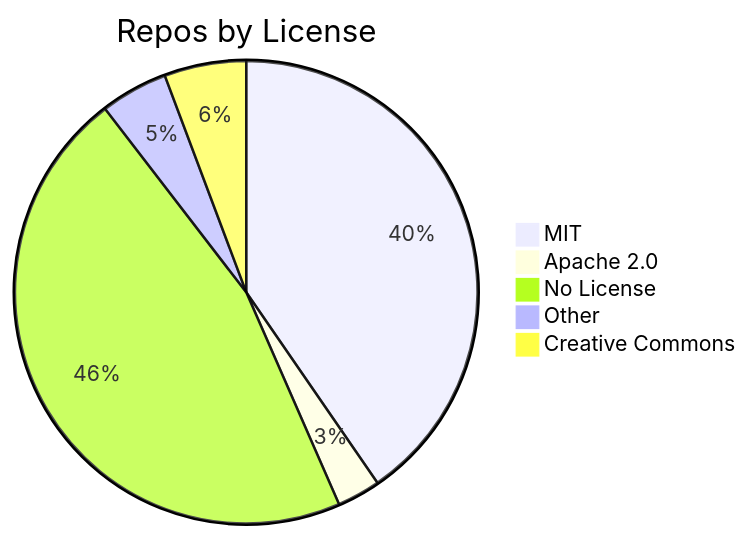
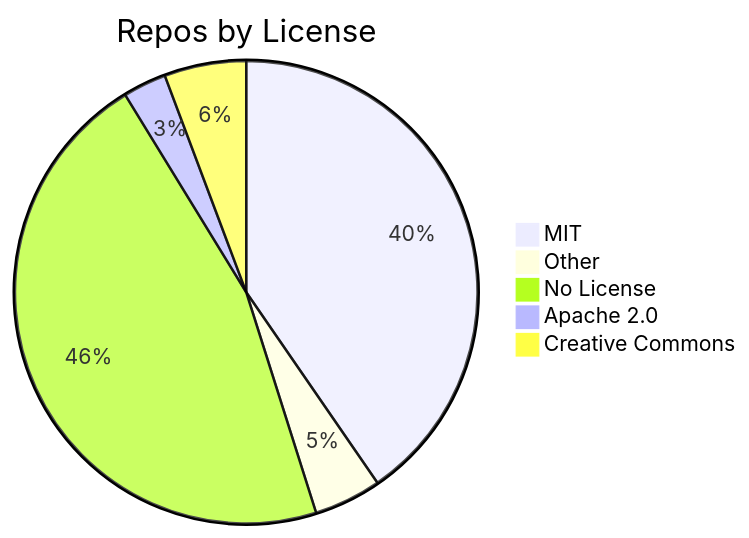
The diagram in README.md (jpatterson933/awesome-mcp-server-repo-index), drawn with Mermaid before and after one commit. The commit also changed other lines of this file and 3 other files, not shown here.

````diff
--- a/README.md
+++ b/README.md
@@ -29,8 +29,8 @@
 ```mermaid
 pie title Repos by License
     "MIT" : 120
+    "Other" : 14
+    "No License" : 137
     "Apache 2.0" : 9
-    "No License" : 137
-    "Other" : 14
     "Creative Commons" : 17
 ```
````
